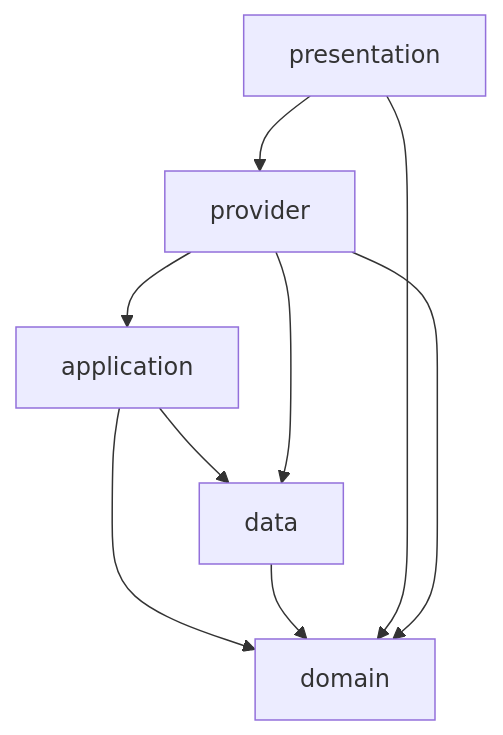
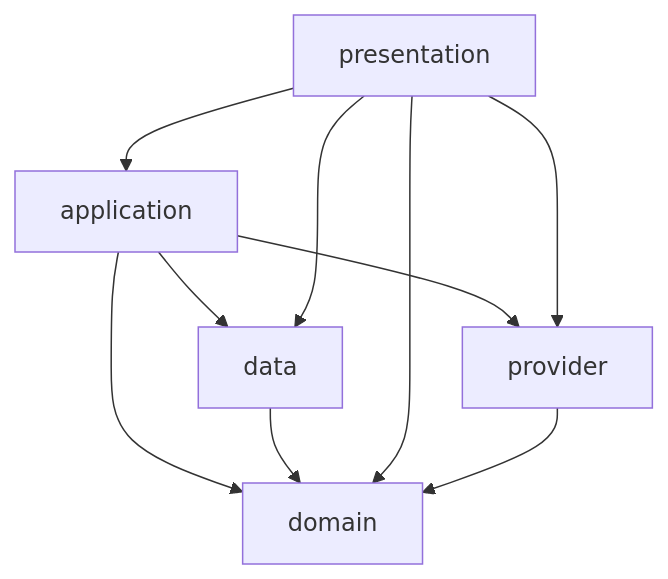
The diagram in lib/features/scanner/DEPS.md (repinw/yamt), drawn with Mermaid before and after one commit. The commit also changed 107 other files, not shown here.

Commit message:
ref(yamt): architecture fix

````diff
--- a/lib/features/scanner/DEPS.md
+++ b/lib/features/scanner/DEPS.md
@@ -6,11 +6,12 @@
 ```mermaid
 flowchart TD;
 application-->data;
 application-->domain;
+application-->provider;
 data-->domain;
+presentation-->application;
+presentation-->data;
 presentation-->domain;
 presentation-->provider;
-provider-->application;
-provider-->data;
 provider-->domain;
 ```
````
